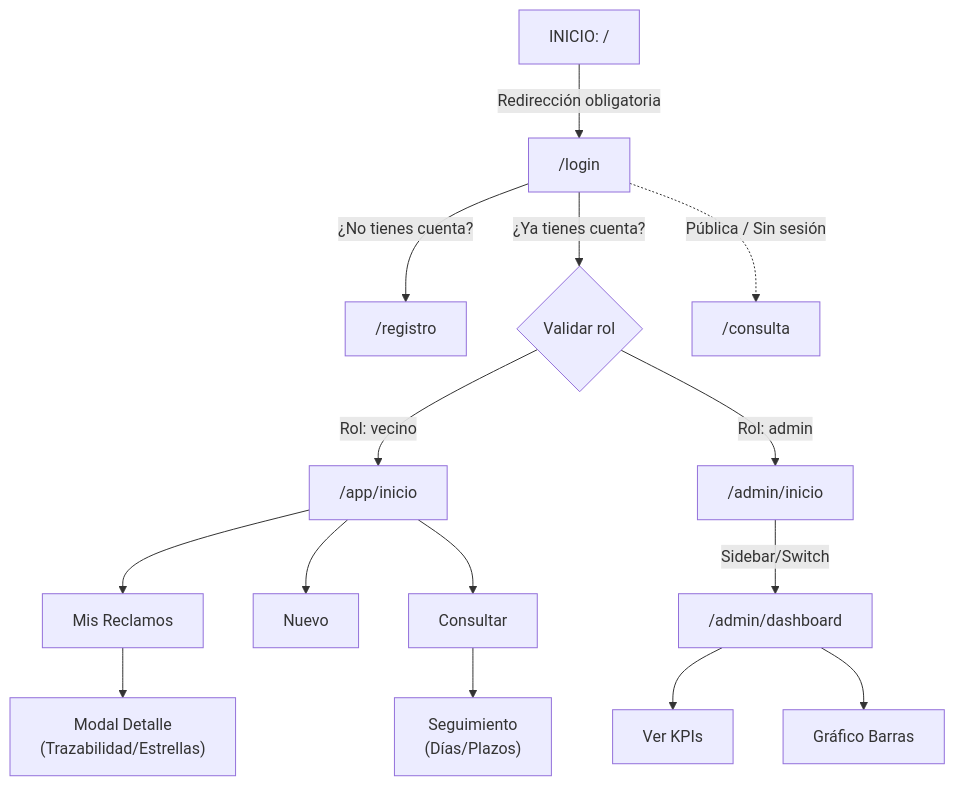
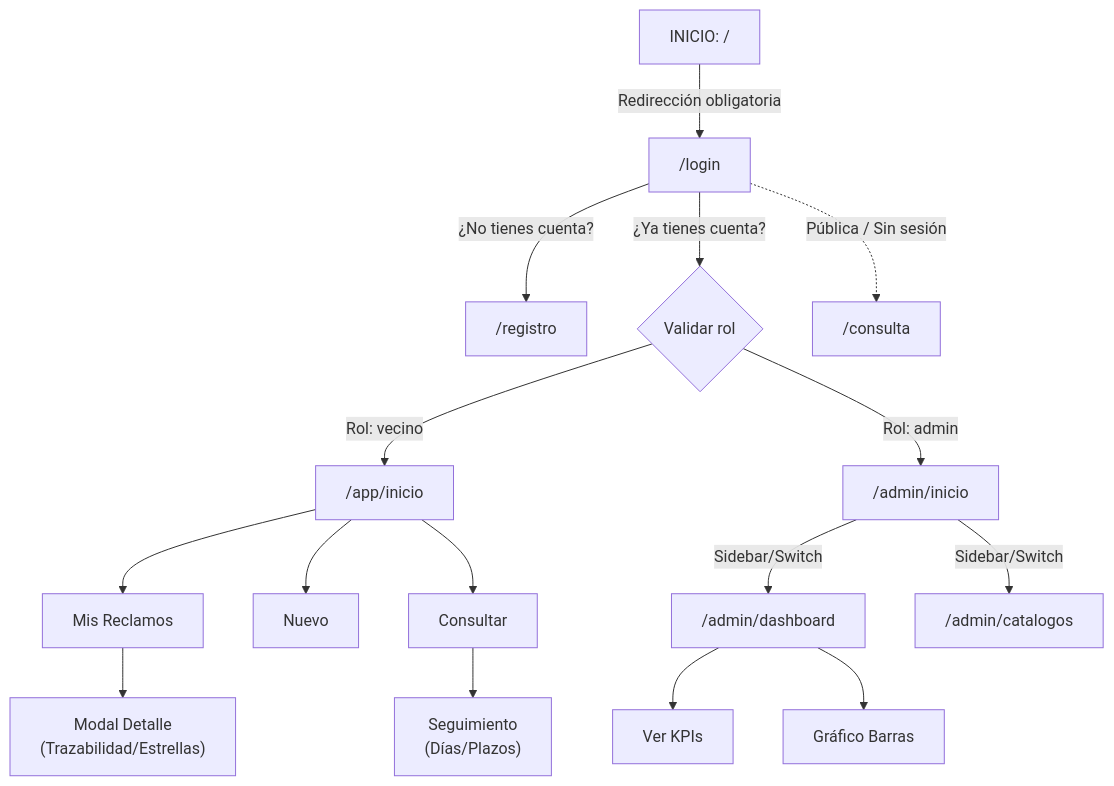
One commit to sebagarayn/MiSantoDomingo changed the diagram in README.md. Above: the diagram before and after it, drawn with Mermaid. The commit also changed other lines of this file, not shown here.

````diff
--- a/README.md
+++ b/README.md
@@ -256,22 +256,23 @@
 ```mermaid
 flowchart TD
     INICIO["INICIO: /"] -->|Redirección obligatoria| LOGIN["/login"]
 
     LOGIN -->|"¿No tienes cuenta?"| REGISTRO["/registro"]
     LOGIN -->|"¿Ya tienes cuenta?"| VALIDAR{"Validar rol"}
     LOGIN -.->|"Pública / Sin sesión"| CONSULTA["/consulta"]
 
     VALIDAR -->|"Rol: vecino"| APPINICIO["/app/inicio"]
     VALIDAR -->|"Rol: admin"| ADMININICIO["/admin/inicio"]
 
     APPINICIO --> MISRECLAMOS["Mis Reclamos"]
     APPINICIO --> NUEVO["Nuevo"]
     APPINICIO --> CONSULTAR["Consultar"]
 
     MISRECLAMOS --> MODAL["Modal Detalle<br/>(Trazabilidad/Estrellas)"]
     CONSULTAR --> SEGUIMIENTO["Seguimiento<br/>(Días/Plazos)"]
 
     ADMININICIO -->|"Sidebar/Switch"| DASHBOARD["/admin/dashboard"]
     DASHBOARD --> KPIS["Ver KPIs"]
     DASHBOARD --> BARRAS["Gráfico Barras"]
+    ADMININICIO -->|"Sidebar/Switch"| CATALOGOS["/admin/catalogos"]
 ```
````
